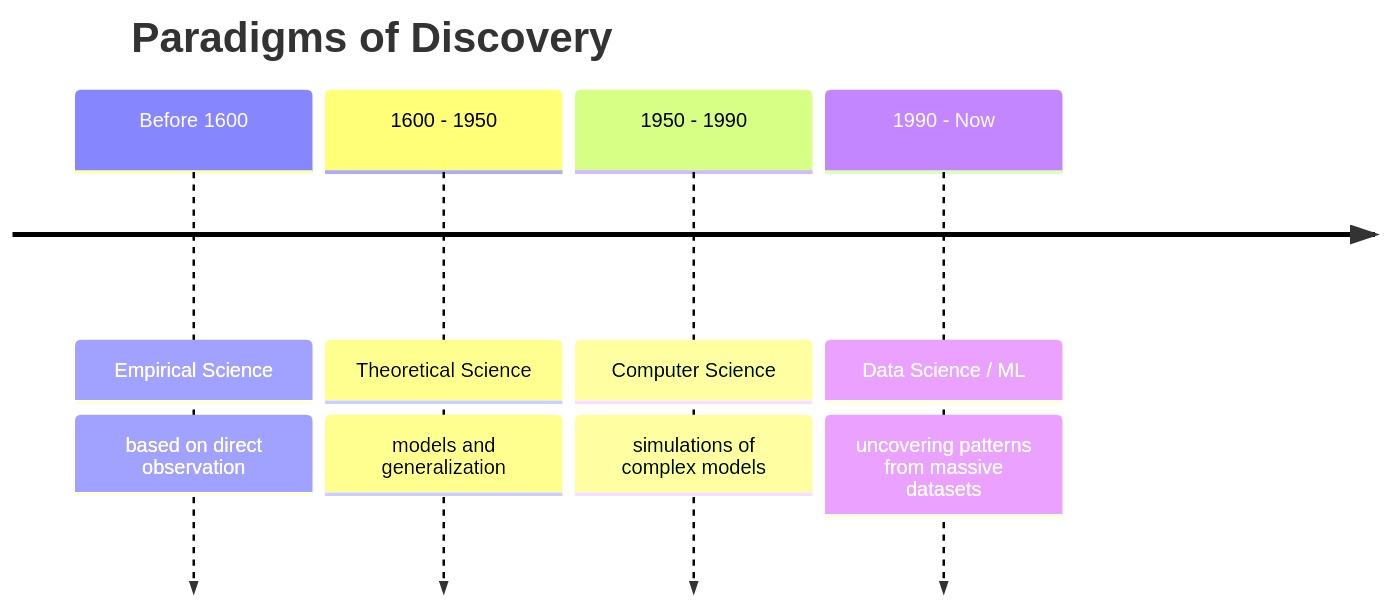
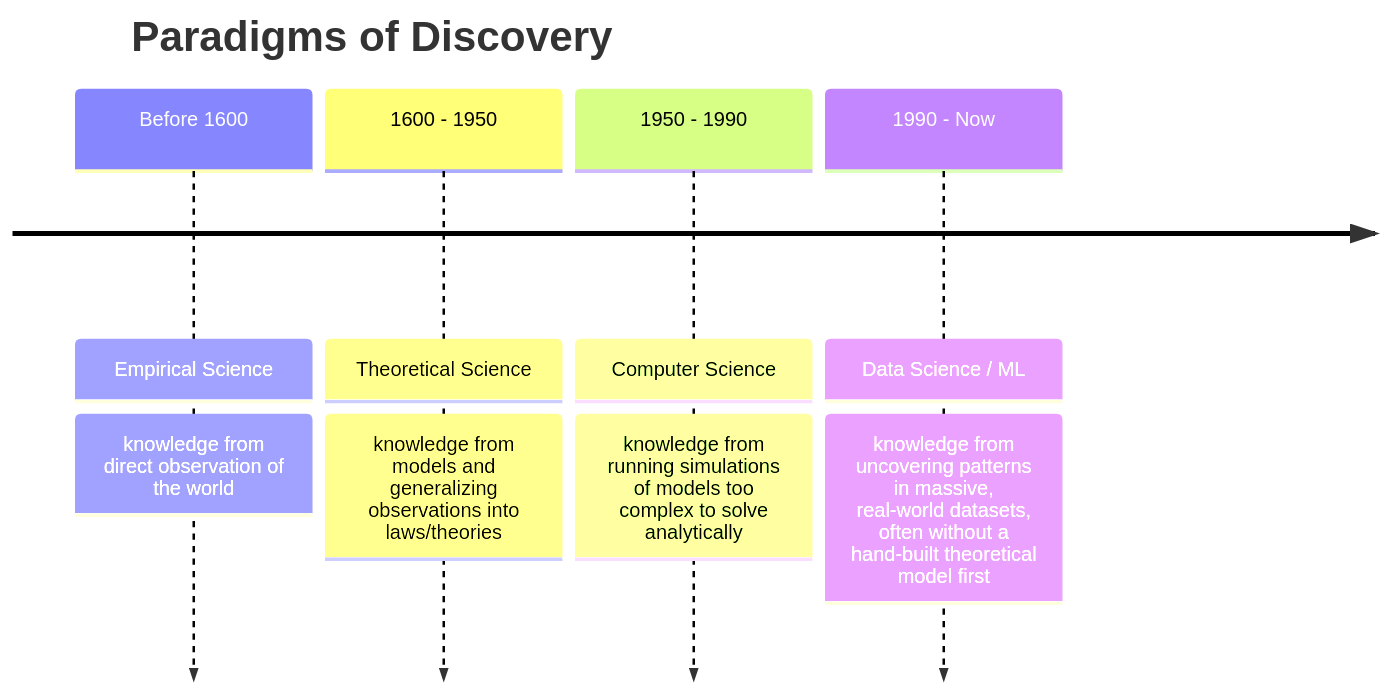
The first of 5 diagrams in docs/machine-learning/week-01-introduction-to-machine-learning/lesson-01-machine-learning-paradigms-and-workflow.md (renugasaraswathy/m-sc-data-science-ai), drawn with Mermaid before and after one commit. The commit also changed other lines of this file and 9 other files, not shown here.

````diff
--- a/docs/machine-learning/week-01-introduction-to-machine-learning/lesson-01-machine-learning-paradigms-and-workflow.md
+++ b/docs/machine-learning/week-01-introduction-to-machine-learning/lesson-01-machine-learning-paradigms-and-workflow.md
@@ -32,8 +36,8 @@
 ```mermaid
 timeline
     title Paradigms of Discovery
-    Before 1600 : Empirical Science : based on direct observation
-    1600 - 1950 : Theoretical Science : models and generalization
-    1950 - 1990 : Computer Science : simulations of complex models
-    1990 - Now : Data Science / ML : uncovering patterns from massive datasets
+    Before 1600 : Empirical Science : knowledge from direct observation of the world
+    1600 - 1950 : Theoretical Science : knowledge from models and generalizing observations into laws/theories
+    1950 - 1990 : Computer Science : knowledge from running simulations of models too complex to solve analytically
+    1990 - Now : Data Science / ML : knowledge from uncovering patterns in massive, real-world datasets, often without a hand-built theoretical model first
 ```
````
